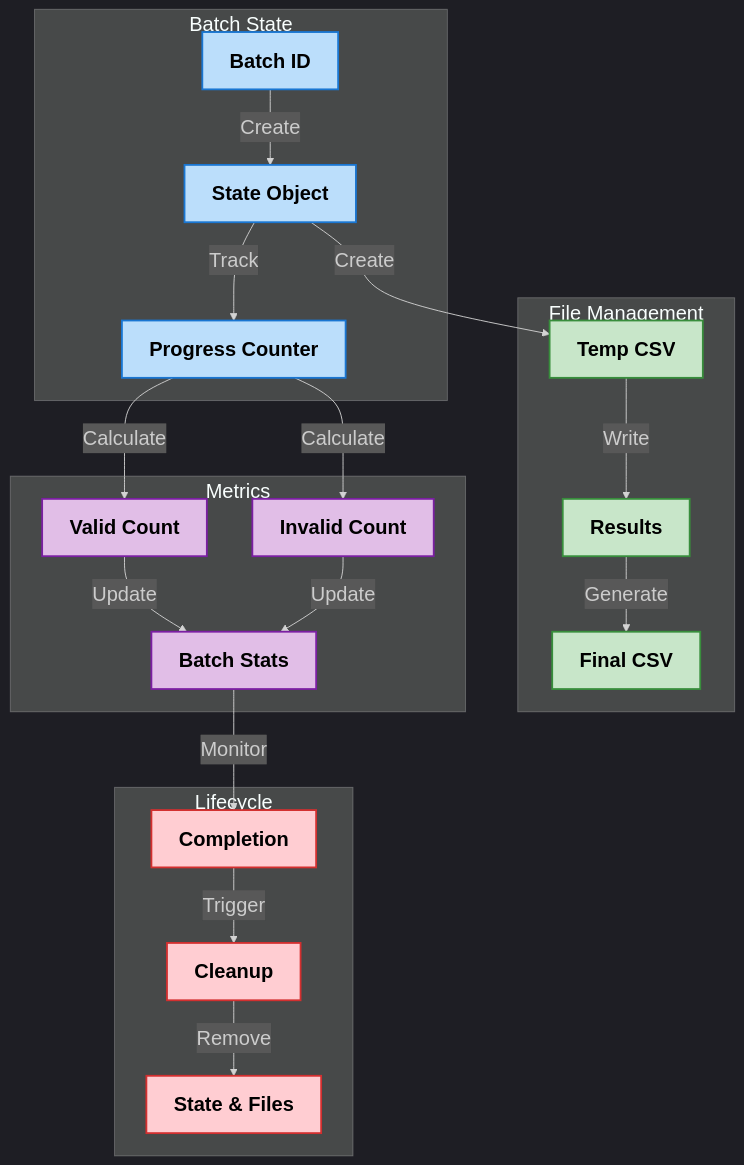
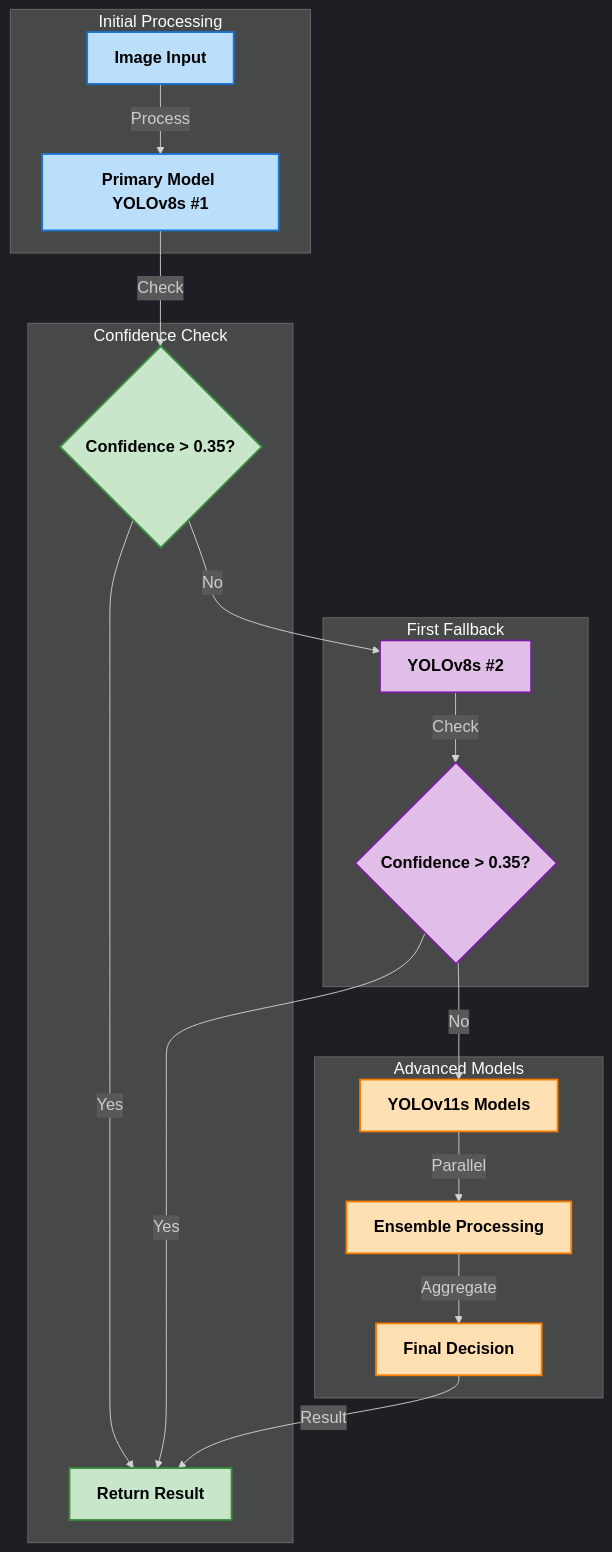
Before and after one commit to Dhruv0306/SymphonyProject1: the fourth of 9 diagrams in README.md, drawn with Mermaid. The commit also changed other lines of this file, not shown here.

First line of the commit message:
docs: enhance system architecture documentation and API specs

````diff
--- a/README.md
+++ b/README.md
@@ -872,38 +202,35 @@
 ```mermaid
-%%{init: {'theme': 'dark', 'themeVariables': { 'fontFamily': 'arial', 'fontSize': '22px', 'fontWeight': 'bold'}}}%%
+%%{init: {'theme': 'dark', 'themeVariables': { 'fontFamily': 'arial', 'fontSize': '18px', 'fontWeight': 'bold'}}}%%
 graph TD
-    subgraph "Batch State"
+    subgraph "Initial Processing"
         style A fill:#bbdefb,stroke:#1976d2,stroke-width:2px,color:#000000,font-weight:bold
         style B fill:#bbdefb,stroke:#1976d2,stroke-width:2px,color:#000000,font-weight:bold
-        style C fill:#bbdefb,stroke:#1976d2,stroke-width:2px,color:#000000,font-weight:bold
-        A["Batch ID"] -->|"Create"| B["State Object"]
-        B -->|"Track"| C["Progress Counter"]
+        A[Image Input] -->|"Process"| B[Primary Model YOLOv8s #1]
     end
 
-    subgraph "File Management"
+    subgraph "Confidence Check"
+        style C fill:#c8e6c9,stroke:#388e3c,stroke-width:2px,color:#000000,font-weight:bold
         style D fill:#c8e6c9,stroke:#388e3c,stroke-width:2px,color:#000000,font-weight:bold
-        style E fill:#c8e6c9,stroke:#388e3c,stroke-width:2px,color:#000000,font-weight:bold
-        style F fill:#c8e6c9,stroke:#388e3c,stroke-width:2px,color:#000000,font-weight:bold
-        B -->|"Create"| D["Temp CSV"]
-        D -->|"Write"| E["Results"]
-        E -->|"Generate"| F["Final CSV"]
+        B -->|"Check"| C{Confidence > 0.35?}
+        C -->|"Yes"| D[Return Result]
     end
 
-    subgraph "Metrics"
-        style G fill:#e1bee7,stroke:#7b1fa2,stroke-width:2px,color:#000000,font-weight:bold
-        style H fill:#e1bee7,stroke:#7b1fa2,stroke-width:2px,color:#000000,font-weight:bold
-        style I fill:#e1bee7,stroke:#7b1fa2,stroke-width:2px,color:#000000,font-weight:bold
-        C -->|"Calculate"| G["Valid Count"]
-        C -->|"Calculate"| H["Invalid Count"]
-        G & H -->|"Update"| I["Batch Stats"]
+    subgraph "First Fallback"
+        style E fill:#e1bee7,stroke:#7b1fa2,stroke-width:2px,color:#000000,font-weight:bold
+        style F fill:#e1bee7,stroke:#7b1fa2,stroke-width:2px,color:#000000,font-weight:bold
+        C -->|"No"| E[YOLOv8s #2]
+        E -->|"Check"| F{Confidence > 0.35?}
     end
 
-    subgraph "Lifecycle"
-        style J fill:#ffcdd2,stroke:#d32f2f,stroke-width:2px,color:#000000,font-weight:bold
-        style K fill:#ffcdd2,stroke:#d32f2f,stroke-width:2px,color:#000000,font-weight:bold
-        style L fill:#ffcdd2,stroke:#d32f2f,stroke-width:2px,color:#000000,font-weight:bold
-        I -->|"Monitor"| J["Completion"]
-        J -->|"Trigger"| K["Cleanup"]
-        K -->|"Remove"| L["State & Files"]
+    subgraph "Advanced Models"
+        style G fill:#ffe0b2,stroke:#f57c00,stroke-width:2px,color:#000000,font-weight:bold
+        style H fill:#ffe0b2,stroke:#f57c00,stroke-width:2px,color:#000000,font-weight:bold
+        style I fill:#ffe0b2,stroke:#f57c00,stroke-width:2px,color:#000000,font-weight:bold
+        F -->|"No"| G[YOLOv11s Models]
+        G -->|"Parallel"| H[Ensemble Processing]
+        H -->|"Aggregate"| I[Final Decision]
     end
+
+    F -->|"Yes"| D
+    I -->|"Result"| D
 ```
````
